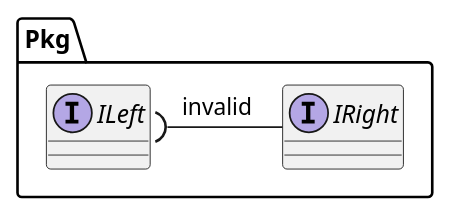
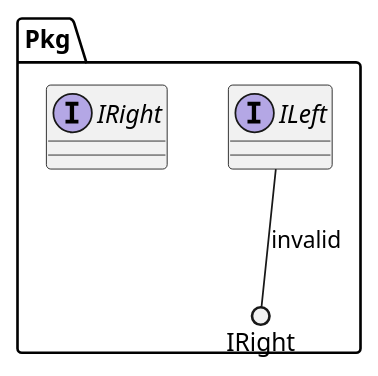
One commit to eclipse-score/tooling changed the diagram in plantuml/parser/integration_test/component_diagram/invalid_interface_decor_between_interfaces/invalid_interface_decor_between_interfaces.puml. Above: the diagram before and after it, drawn with PlantUML. The commit also changed 69 other files, not shown here.

First line of the commit message:
fix(plantuml): recognize bare-dash provided interface bindings

```diff
--- a/plantuml/parser/integration_test/component_diagram/invalid_interface_decor_between_interfaces/invalid_interface_decor_between_interfaces.puml
+++ b/plantuml/parser/integration_test/component_diagram/invalid_interface_decor_between_interfaces/invalid_interface_decor_between_interfaces.puml
@@ -13,10 +13,10 @@
 @startuml
 
 package "Pkg" as Pkg {
     interface "ILeft" as ILeft
     interface "IRight" as IRight
 
-    ILeft )- IRight : invalid
+    ILeft --() IRight : invalid
 }
 
 @enduml
```
